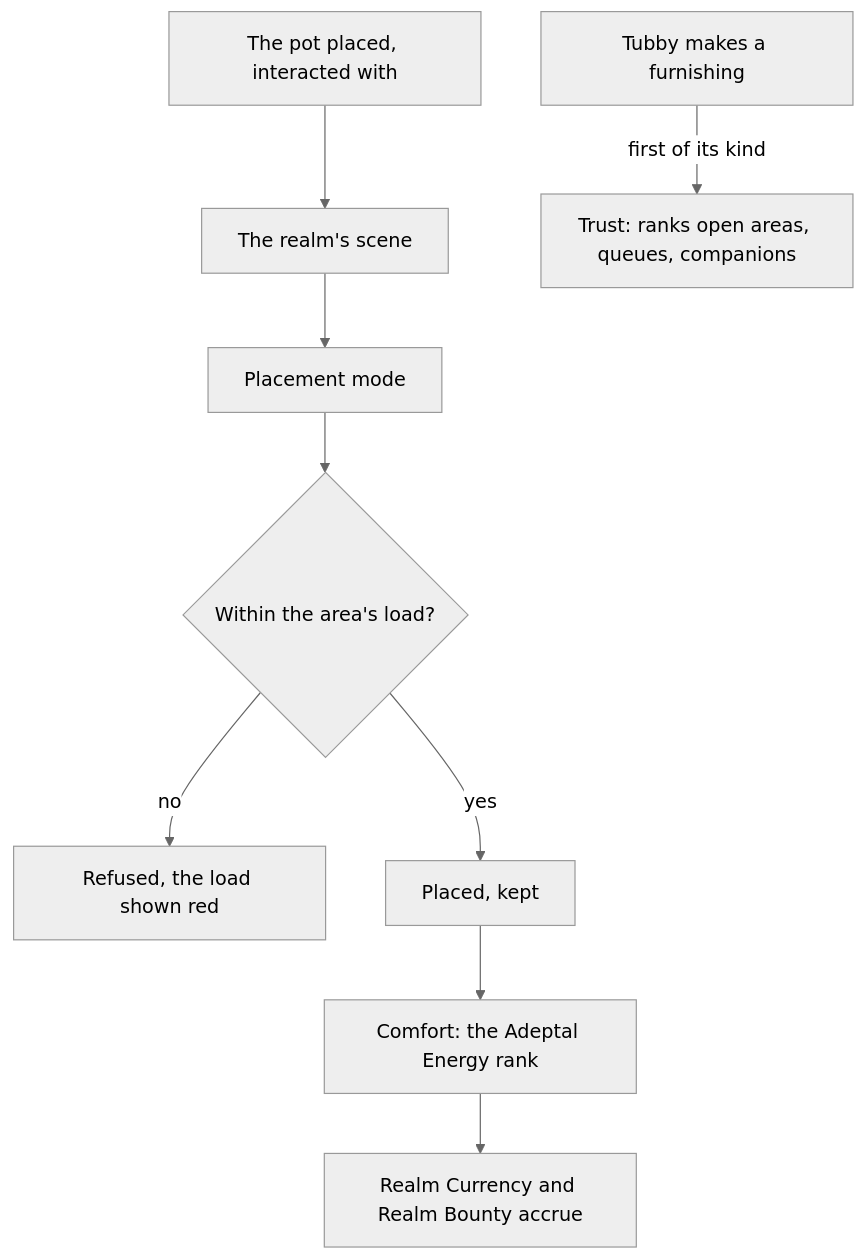
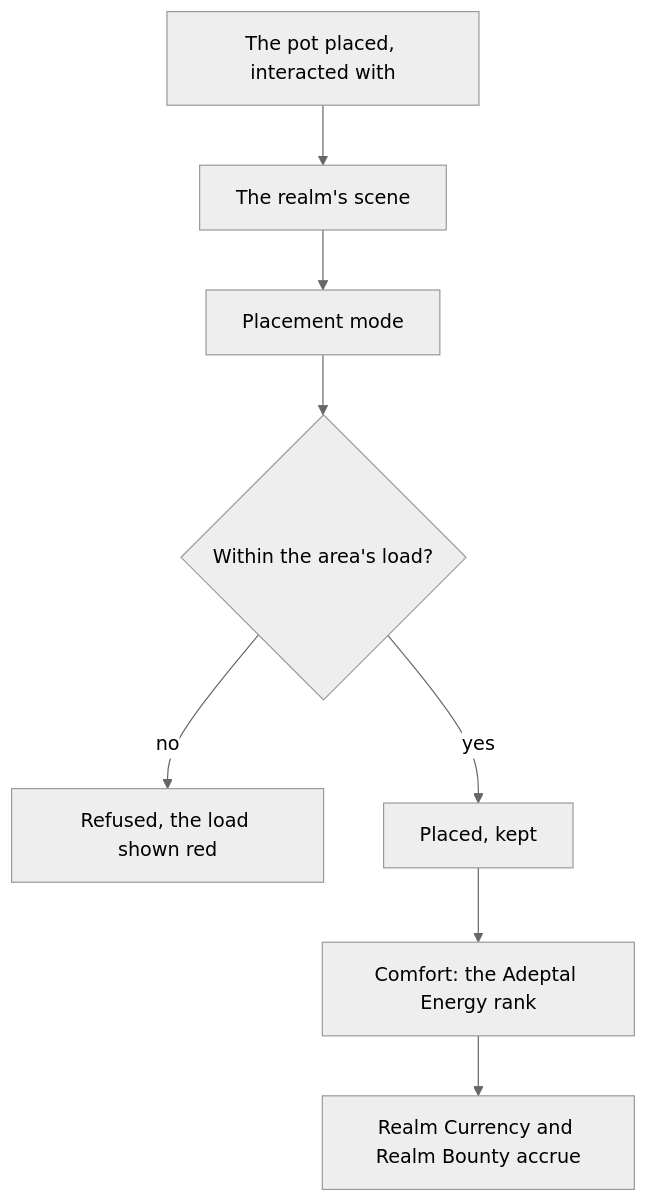
The diagram in apps/web/content/docs/proposals/genshin/serenitea-pot.md (Esposter/Esposter), drawn with Mermaid (neutral theme) before and after one commit. The commit also changed other lines of this file and 1 other file, not shown here.

First line of the commit message:
docs(proposals): the Serenitea Pot proposal keeps only the realm, its editor, depot, companions, gardens and ponds, and the Adeptal Mirror, the built rules named on the as-built page

````diff
--- a/apps/web/content/docs/proposals/genshin/serenitea-pot.md
+++ b/apps/web/content/docs/proposals/genshin/serenitea-pot.md
@@ -25,11 +27,10 @@
 ```mermaid
 flowchart TD
   GADGET["The pot placed, interacted with"] --> REALM["The realm's scene"]
   REALM --> EDIT["Placement mode"]
   EDIT --> LOAD{"Within the area's load?"}
   LOAD -->|"no"| REFUSE["Refused, the load shown red"]
   LOAD -->|"yes"| PLACED["Placed, kept"]
   PLACED --> COMFORT["Comfort: the Adeptal Energy rank"]
   COMFORT --> ACCRUE["Realm Currency and Realm Bounty accrue"]
-  MAKE["Tubby makes a furnishing"] -->|"first of its kind"| TRUST["Trust: ranks open areas, queues, companions"]
 ```
````
